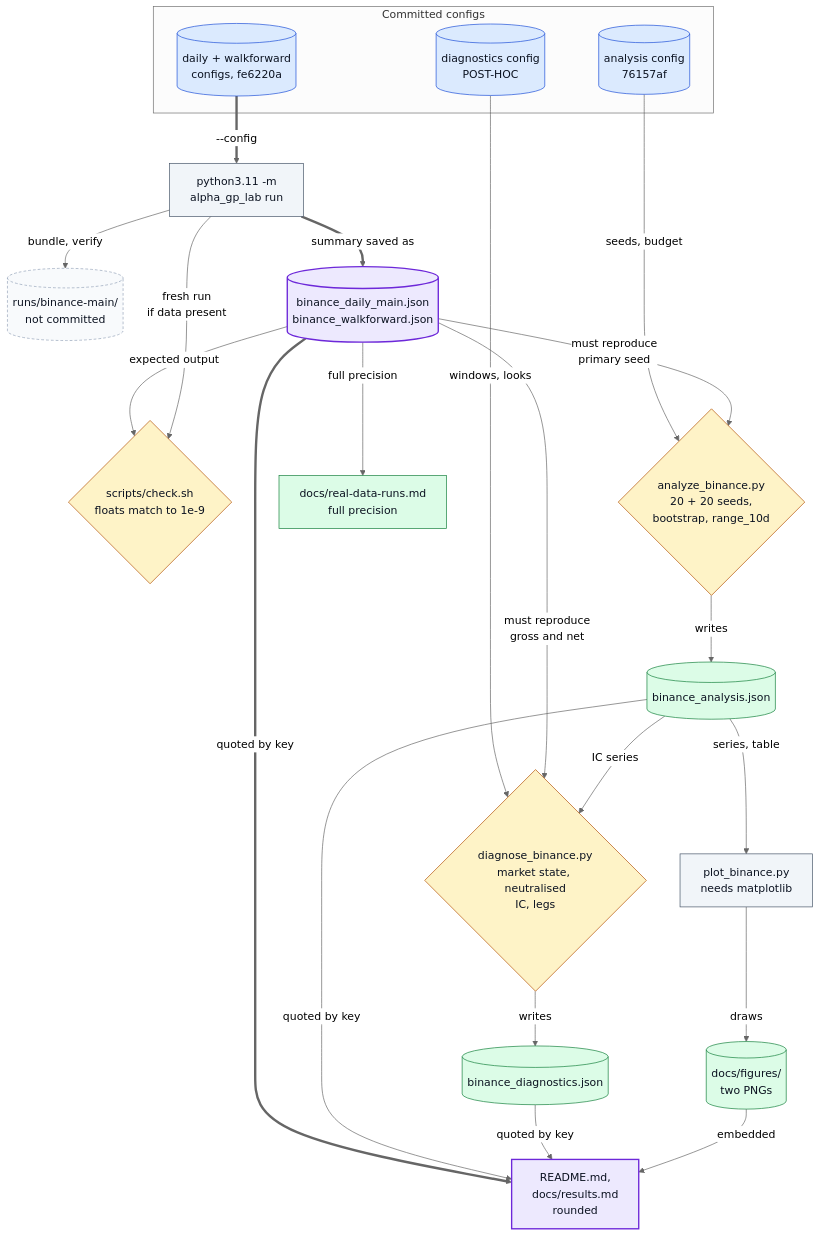
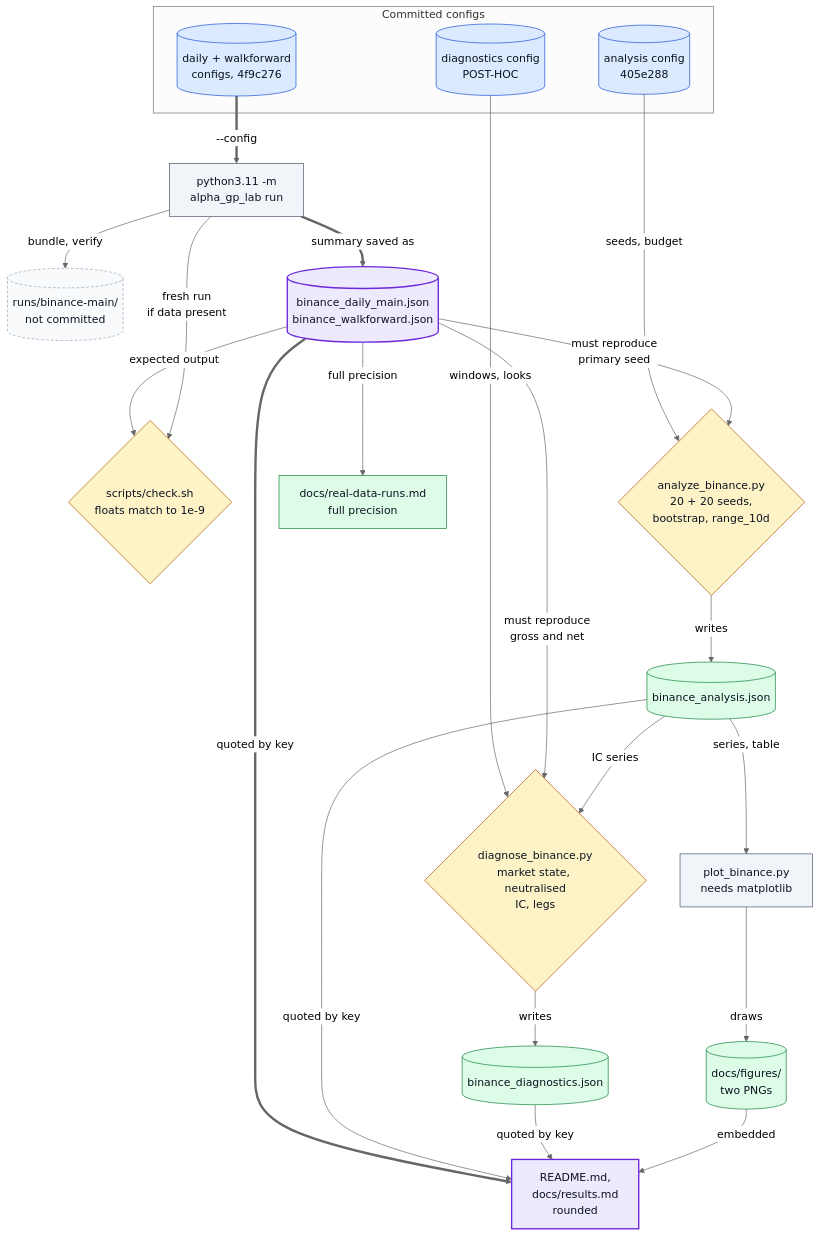
One commit to oscar-chw/alpha-gp-lab changed the fifth of 5 diagrams in docs/DIAGRAMS.md. Above: the diagram before and after it, drawn with Mermaid (neutral theme). The commit also changed 4 other files, not shown here.

````diff
--- a/docs/DIAGRAMS.md
+++ b/docs/DIAGRAMS.md
@@ -243,53 +243,53 @@
 ```mermaid
 flowchart TB
     subgraph CFGS["Committed configs"]
-        MAINC[("daily + walkforward<br/>configs, fe6220a")]
-        ANC[("analysis config<br/>76157af")]
+        MAINC[("daily + walkforward<br/>configs, 4f9c276")]
+        ANC[("analysis config<br/>405e288")]
         DIC[("diagnostics config<br/>POST-HOC")]
     end
     RUN["python3.11 -m<br/>alpha_gp_lab run"]
     BUNDLE[("runs/binance-main/<br/>not committed")]
     MAIN[("binance_daily_main.json<br/>binance_walkforward.json")]
     CHECK{"scripts/check.sh<br/>floats match to 1e-9"}
     AN{"analyze_binance.py<br/>20 + 20 seeds,<br/>bootstrap, range_10d"}
     DI{"diagnose_binance.py<br/>market state, neutralised<br/>IC, legs"}
     ANJ[("binance_analysis.json")]
     DIJ[("binance_diagnostics.json")]
     PLOT["plot_binance.py<br/>needs matplotlib"]
     FIG[("docs/figures/<br/>two PNGs")]
     README["README.md,<br/>docs/results.md<br/>rounded"]
     LEDGER["docs/real-data-runs.md<br/>full precision"]
 
     MAINC ==>|"--config"| RUN
     RUN -->|"bundle, verify"| BUNDLE
     RUN ==>|"summary saved as"| MAIN
     MAIN -->|"expected output"| CHECK
     RUN -->|"fresh run<br/>if data present"| CHECK
     ANC -->|"seeds, budget"| AN
     MAIN -->|"must reproduce<br/>primary seed"| AN
     AN -->|"writes"| ANJ
     DIC -->|"windows, looks"| DI
     MAIN -->|"must reproduce<br/>gross and net"| DI
     ANJ -->|"IC series"| DI
     DI -->|"writes"| DIJ
     ANJ -->|"series, table"| PLOT
     PLOT -->|"draws"| FIG
     MAIN ==>|"quoted by key"| README
     ANJ -->|"quoted by key"| README
     DIJ -->|"quoted by key"| README
     FIG -->|"embedded"| README
     MAIN -->|"full precision"| LEDGER
 
     classDef data fill:#dbeafe,stroke:#1d4ed8,color:#0b1220
     classDef step fill:#f1f5f9,stroke:#475569,color:#0b1220
     classDef gate fill:#fef3c7,stroke:#b45309,color:#0b1220
     classDef out  fill:#dcfce7,stroke:#15803d,color:#0b1220
     classDef ext  fill:#f8fafc,stroke:#94a3b8,color:#0b1220,stroke-dasharray:4 3
     classDef key  fill:#ede9fe,stroke:#6d28d9,color:#0b1220,stroke-width:2px
     class MAINC,ANC,DIC data
     class RUN,PLOT step
     class CHECK,AN,DI gate
     class ANJ,DIJ,FIG,LEDGER out
     class BUNDLE ext
     class MAIN,README key
 ```
````
